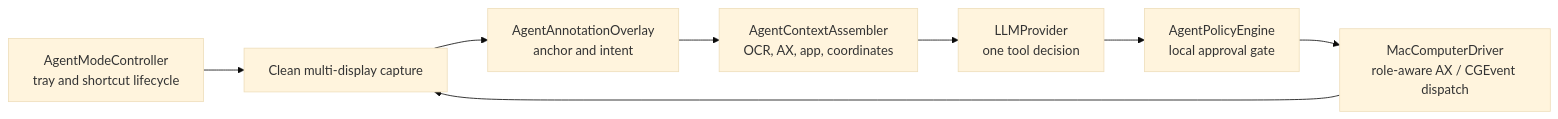
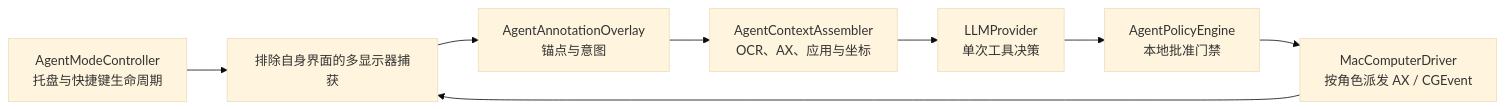
The diagram in docs/AGENT_MODE.md (shotpaste/shotpaste), drawn with Mermaid (base theme) before and after one commit. The commit also changed other lines of this file and 107 other files, not shown here.

Commit message:
refactor: align recording flows and documentation

````diff
--- a/docs/AGENT_MODE.md
+++ b/docs/AGENT_MODE.md
@@ -85,10 +77,10 @@
 ```mermaid
 flowchart LR
-  A["AgentModeController<br/>tray and shortcut lifecycle"] --> B["Clean multi-display capture"]
-  B --> C["AgentAnnotationOverlay<br/>anchor and intent"]
-  C --> D["AgentContextAssembler<br/>OCR, AX, app, coordinates"]
-  D --> E["LLMProvider<br/>one tool decision"]
-  E --> F["AgentPolicyEngine<br/>local approval gate"]
-  F --> G["MacComputerDriver<br/>role-aware AX / CGEvent dispatch"]
+  A["AgentModeController<br/>托盘与快捷键生命周期"] --> B["排除自身界面的多显示器捕获"]
+  B --> C["AgentAnnotationOverlay<br/>锚点与意图"]
+  C --> D["AgentContextAssembler<br/>OCR、AX、应用与坐标"]
+  D --> E["LLMProvider<br/>单次工具决策"]
+  E --> F["AgentPolicyEngine<br/>本地批准门禁"]
+  F --> G["MacComputerDriver<br/>按角色派发 AX / CGEvent"]
   G --> B
 ```
````
